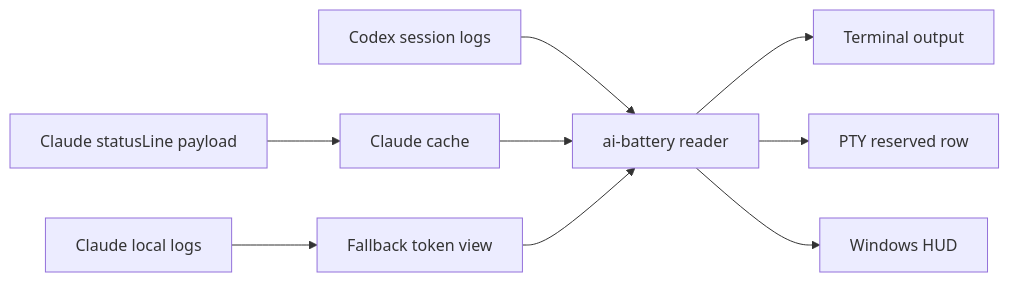
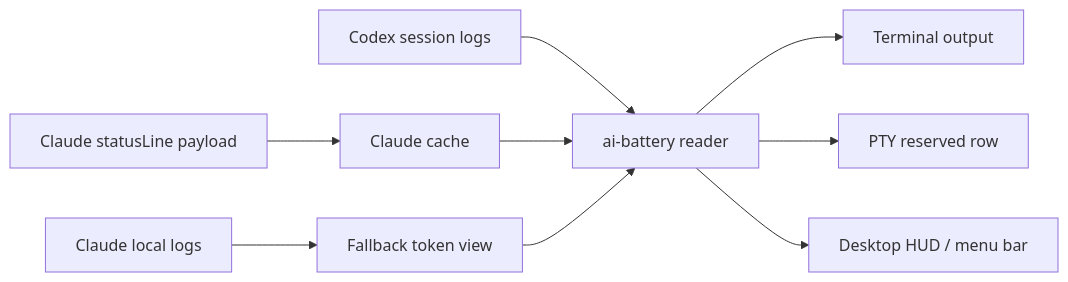
One commit to hojin-v/ai-battery changed the diagram in README.md. Above: the diagram before and after it, drawn with Mermaid. The commit also changed other lines of this file and 4 other files, not shown here.

Commit message:
Add macOS menu bar HUD

````diff
--- a/README.md
+++ b/README.md
@@ -241,11 +247,11 @@
 ```mermaid
 flowchart LR
     C[Codex session logs] --> R[ai-battery reader]
     S[Claude statusLine payload] --> K[Claude cache]
     K --> R
     L[Claude local logs] --> F[Fallback token view]
     F --> R
     R --> T[Terminal output]
     R --> P[PTY reserved row]
-    R --> H[Windows HUD]
+    R --> H[Desktop HUD / menu bar]
 ```
````
